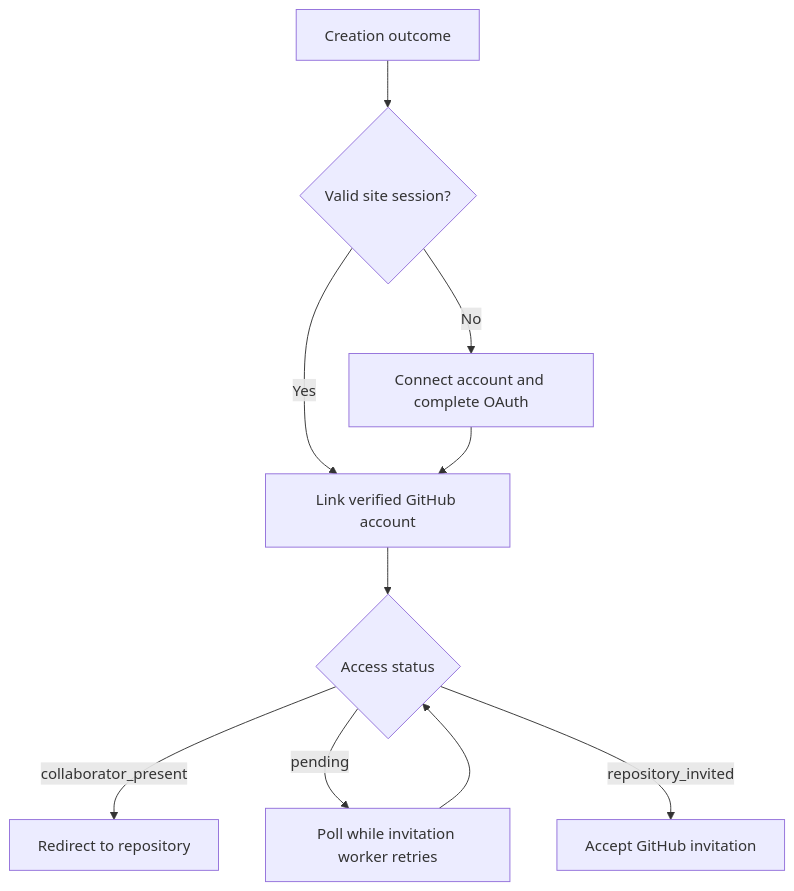
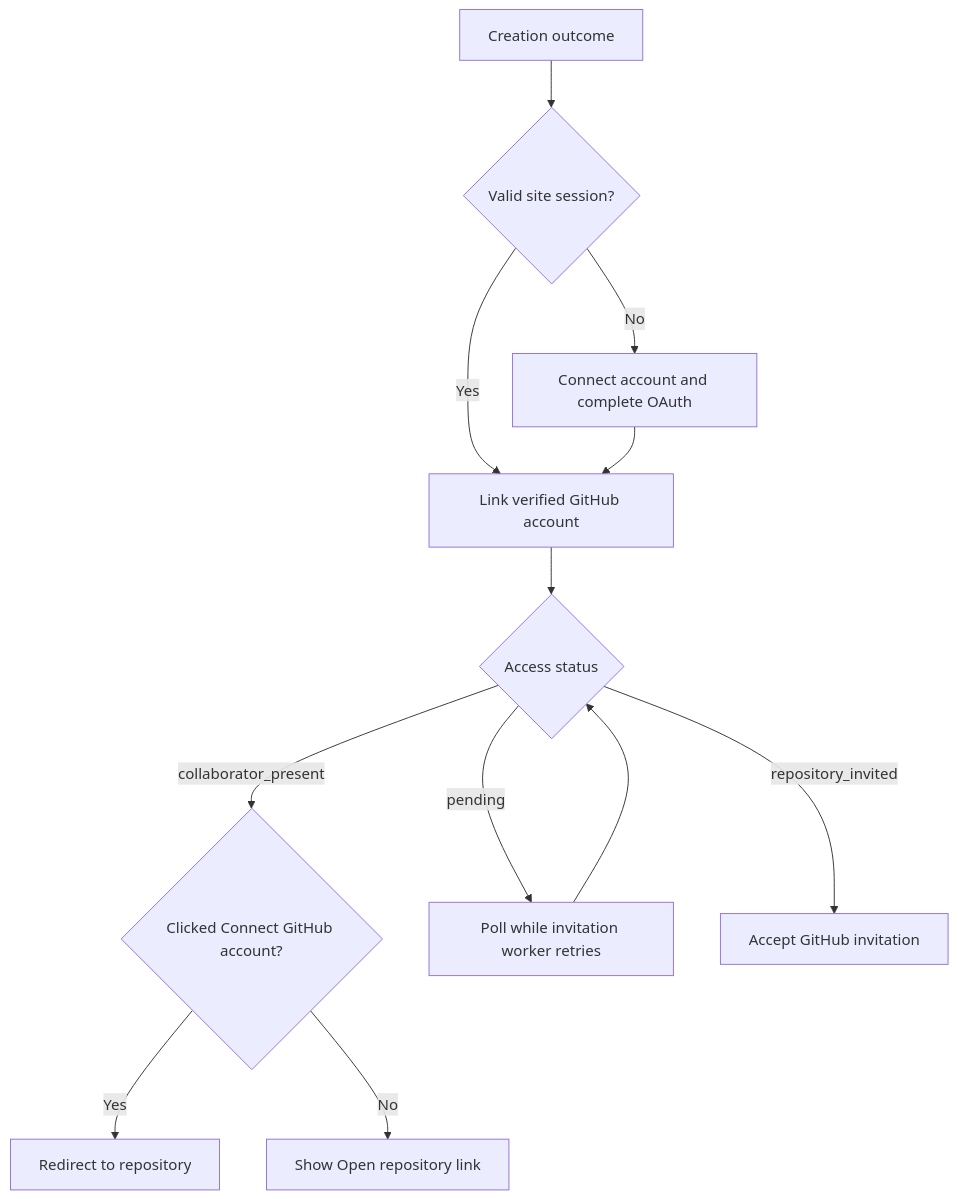
Before and after one commit to feegloo/feegloo.github.io: the diagram in docs/vibe-ios-app-github-access.md, drawn with Mermaid. The commit also changed other lines of this file and 3 other files, not shown here.

Commit message:
Require a user click before continuing GitHub repository navigation

````diff
--- a/docs/vibe-ios-app-github-access.md
+++ b/docs/vibe-ios-app-github-access.md
@@ -24,12 +27,14 @@
 ```mermaid
 flowchart TD
   A["Creation outcome"] --> S{"Valid site session?"}
   S -->|Yes| L["Link verified GitHub account"]
   S -->|No| O["Connect account and complete OAuth"]
   O --> L
   L --> C{"Access status"}
-  C -->|collaborator_present| R["Redirect to repository"]
+  C -->|collaborator_present| N{"Clicked Connect GitHub account?"}
+  N -->|Yes| R["Redirect to repository"]
+  N -->|No| B["Show Open repository link"]
   C -->|pending| P["Poll while invitation worker retries"]
   P --> C
   C -->|repository_invited| I["Accept GitHub invitation"]
 ```
````
